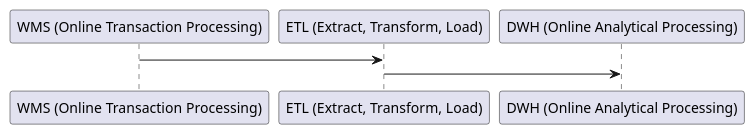
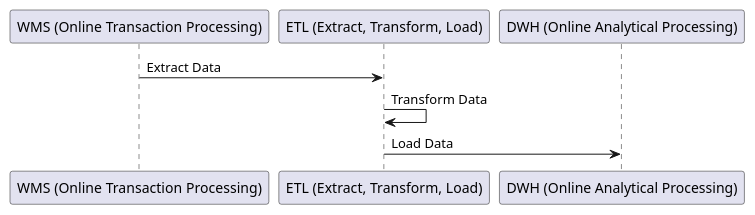
One commit to blro-ep/ITCNE23-SEM-III changed the second of 5 diagrams in Sequenzdiagramm.puml. Above: the diagram before and after it, drawn with PlantUML. The commit also changed other lines of this file, not shown here.

```diff
--- a/Sequenzdiagramm.puml
+++ b/Sequenzdiagramm.puml
@@ -16,8 +16,9 @@
 @startuml oltp_to_olap
 participant "WMS (Online Transaction Processing)" as WMS
 participant "ETL (Extract, Transform, Load)" as ETL
 participant "DWH (Online Analytical Processing)" as DWH
 
-WMS -> ETL:
-ETL -> DWH:
+WMS -> ETL: Extract Data
+ETL -> ETL: Transform Data
+ETL -> DWH: Load Data
 @enduml
```
